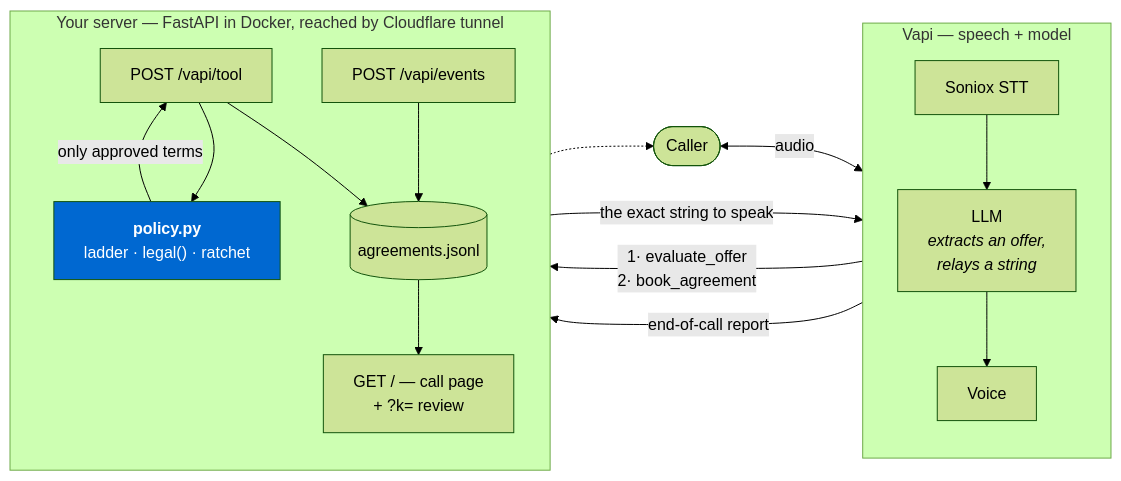
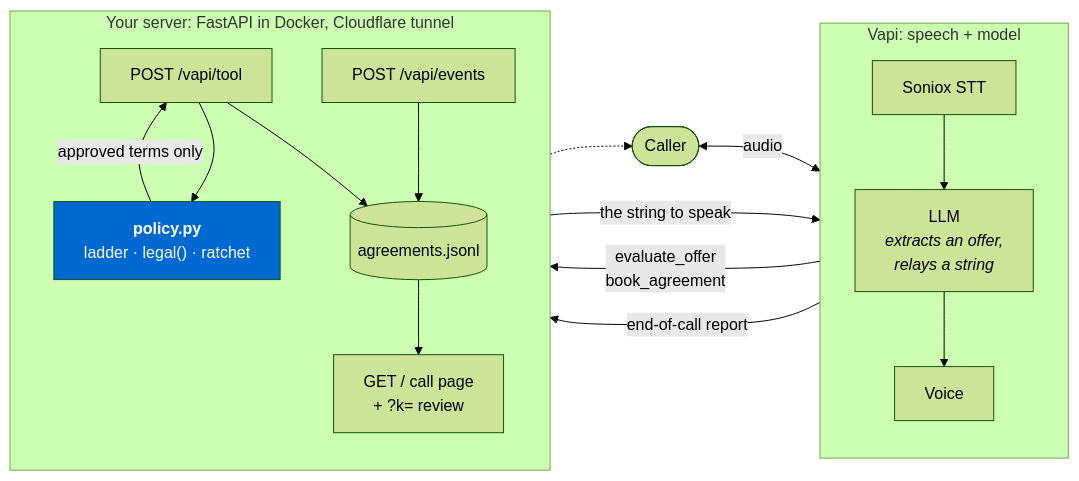
One commit to alishir99/AI-Voice-Agent changed the diagram in README.md. Above: the diagram before and after it, drawn with Mermaid (forest theme). The commit also changed other lines of this file and 3 other files, not shown here.

````diff
--- a/README.md
+++ b/README.md
@@ -83,31 +63,31 @@
 ```mermaid
 flowchart LR
   caller(["Caller"])
 
-  subgraph vapi["Vapi — speech + model"]
+  subgraph vapi["Vapi: speech + model"]
     direction TB
     stt["Soniox STT"] --> llm["LLM<br/><i>extracts an offer,<br/>relays a string</i>"] --> tts["Voice"]
   end
 
-  subgraph nas["Your server — FastAPI in Docker, reached by Cloudflare tunnel"]
+  subgraph nas["Your server: FastAPI in Docker, Cloudflare tunnel"]
     direction TB
     tool["POST /vapi/tool"]
     policy["<b>policy.py</b><br/>ladder · legal() · ratchet"]
     events["POST /vapi/events"]
     log[("agreements.jsonl")]
-    page["GET / — call page<br/>+ ?k= review"]
+    page["GET / call page<br/>+ ?k= review"]
   end
 
   caller <-->|audio| vapi
-  llm -->|"1· evaluate_offer<br/>2· book_agreement"| tool
+  llm -->|"evaluate_offer<br/>book_agreement"| tool
   tool --> policy
-  policy -->|"only approved terms"| tool
-  tool -->|"the exact string to speak"| llm
+  policy -->|"approved terms only"| tool
+  tool -->|"the string to speak"| llm
   vapi -->|end-of-call report| events
   events --> log
   tool --> log
   log --> page
   page -.-> caller
 
   style policy fill:#0068d1,color:#fff
 ```
````
